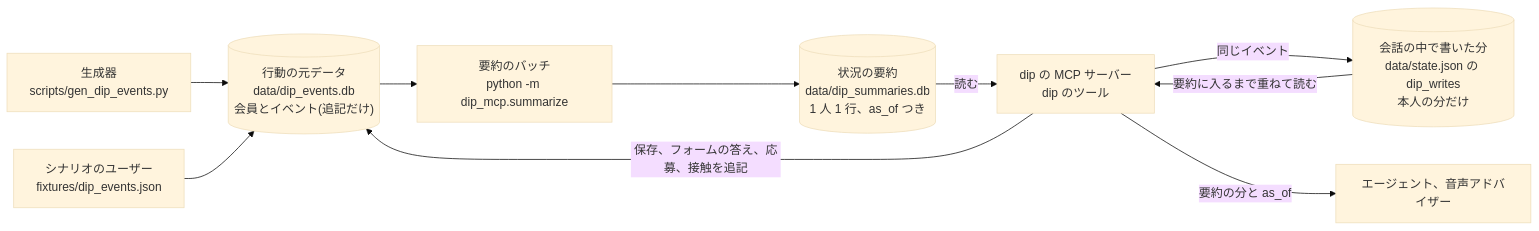
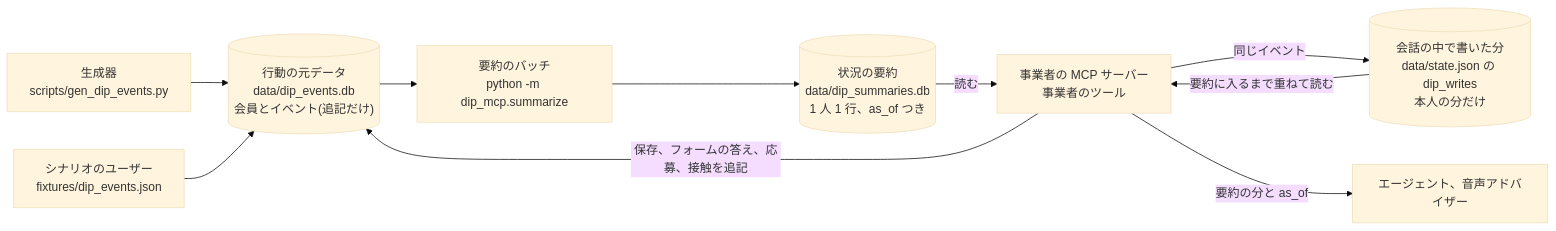
Before and after one commit to jyoka/aica: diagram 12 of 15 in docs/architecture/hld.md, drawn with Mermaid (base theme). The commit also changed other lines of this file and 51 other files, not shown here.

````diff
--- a/docs/architecture/hld.md
+++ b/docs/architecture/hld.md
@@ -845,21 +845,21 @@
 ```mermaid
 flowchart LR
     gen["生成器<br/>scripts/gen_dip_events.py"]
     sc["シナリオのユーザー<br/>fixtures/dip_events.json"]
     ev[("行動の元データ<br/>data/dip_events.db<br/>会員とイベント(追記だけ)")]
     batch["要約のバッチ<br/>python -m dip_mcp.summarize"]
     sum[("状況の要約<br/>data/dip_summaries.db<br/>1 人 1 行、as_of つき")]
-    mcp["dip の MCP サーバー<br/>dip のツール"]
+    mcp["事業者の MCP サーバー<br/>事業者のツール"]
     writes[("会話の中で書いた分<br/>data/state.json の dip_writes<br/>本人の分だけ")]
     agent["エージェント、音声アドバイザー"]
 
     gen --> ev
     sc --> ev
     ev --> batch
     batch --> sum
     sum -- "読む" --> mcp
     writes -- "要約に入るまで重ねて読む" --> mcp
     mcp -- "保存、フォームの答え、応募、接触を追記" --> ev
     mcp -- "同じイベント" --> writes
     mcp -- "要約の分と as_of" --> agent
 ```
````
